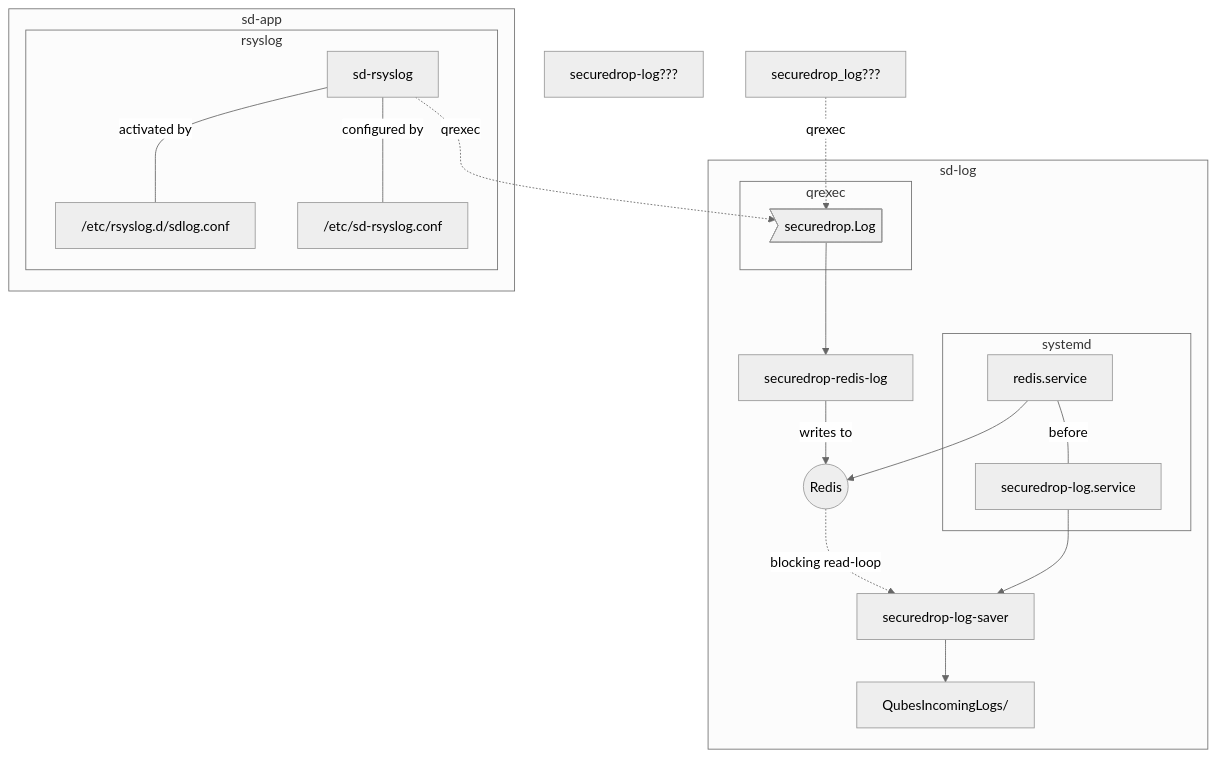
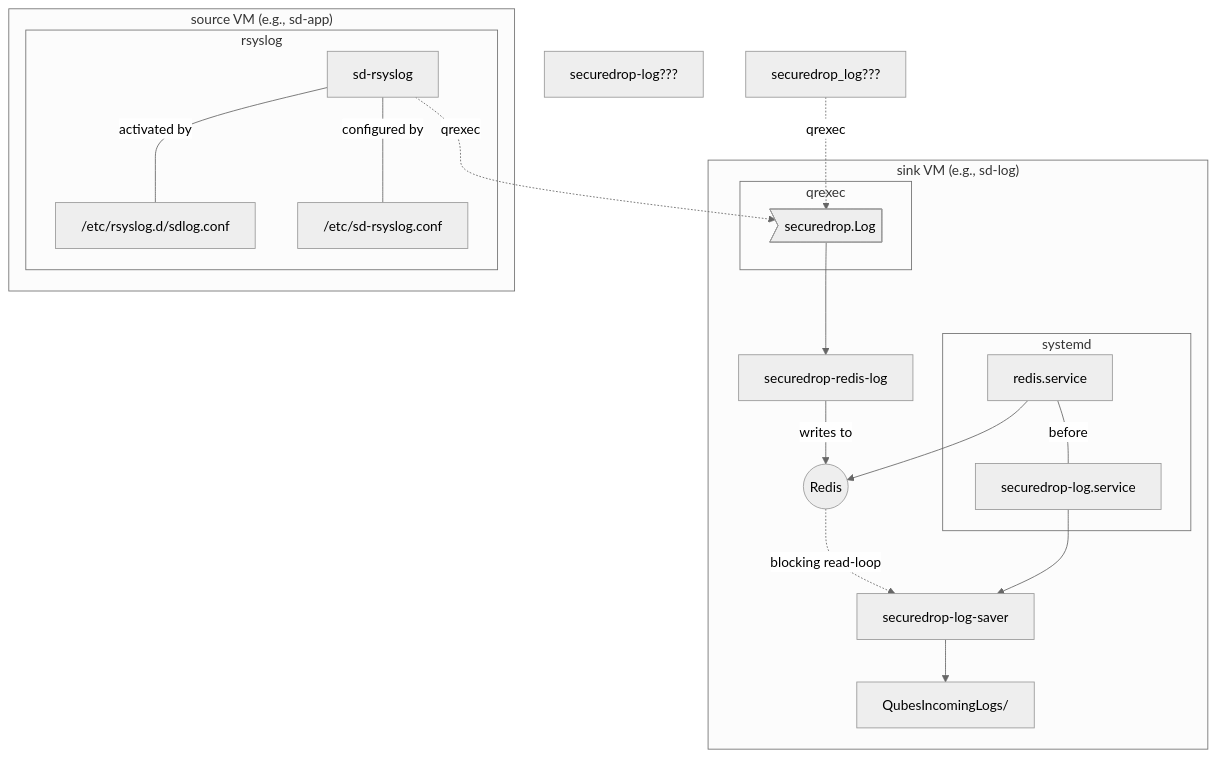
One commit to freedomofpress/securedrop-client changed the diagram in log/README.md. Above: the diagram before and after it, drawn with Mermaid (neutral theme).

Commit message:
Apply suggestions from code review

````diff
--- a/log/README.md
+++ b/log/README.md
@@ -15,28 +15,28 @@
 ```mermaid
 graph TD
 
-subgraph sd-log
+subgraph "sink VM (e.g., sd-log)"
 subgraph systemd
 redis.service --before--- securedrop-log.service
 end
 subgraph qrexec
 securedrop.Log
 end
 
 redis.service --> Redis((Redis))
 securedrop.Log>securedrop.Log] --> securedrop-redis-log --"writes to"--> Redis
 Redis -.blocking read-loop.-> securedrop-log-saver
 securedrop-log.service --> securedrop-log-saver --> QubesIncomingLogs/
 end
 
-subgraph sd-app
+subgraph "source VM (e.g., sd-app)"
 subgraph rsyslog
 sd-rsyslog --activated by--- /etc/rsyslog.d/sdlog.conf
 sd-rsyslog --configured by--- /etc/sd-rsyslog.conf
 sd-rsyslog -.qrexec.-> securedrop.Log
 end
 end
 
 securedrop-log???
 securedrop_log??? -.qrexec.-> securedrop.Log
 ```
````
